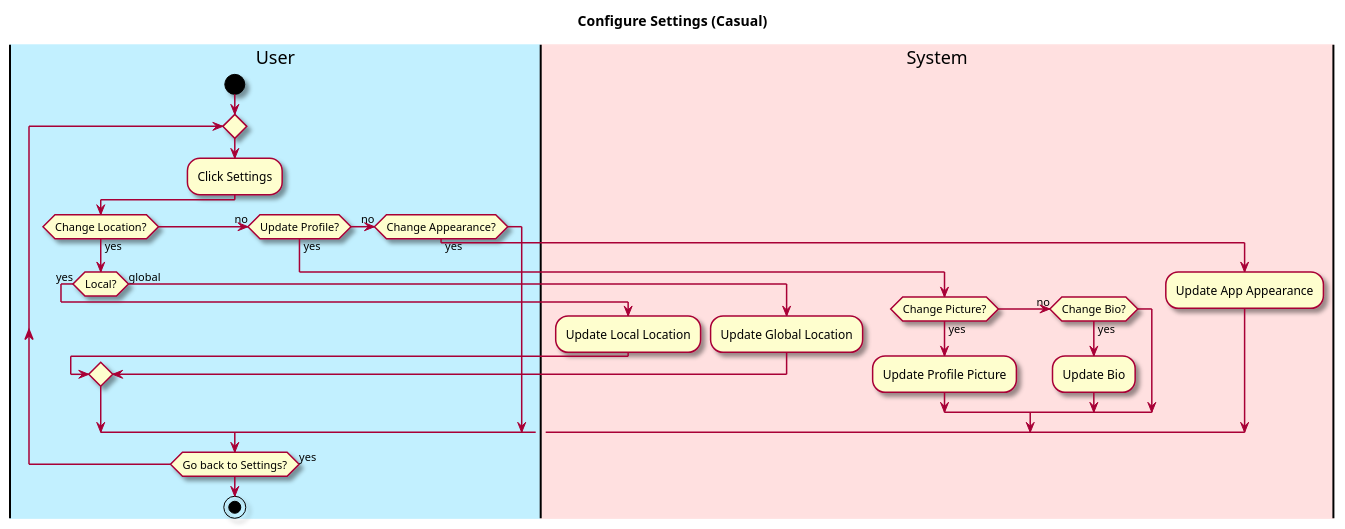
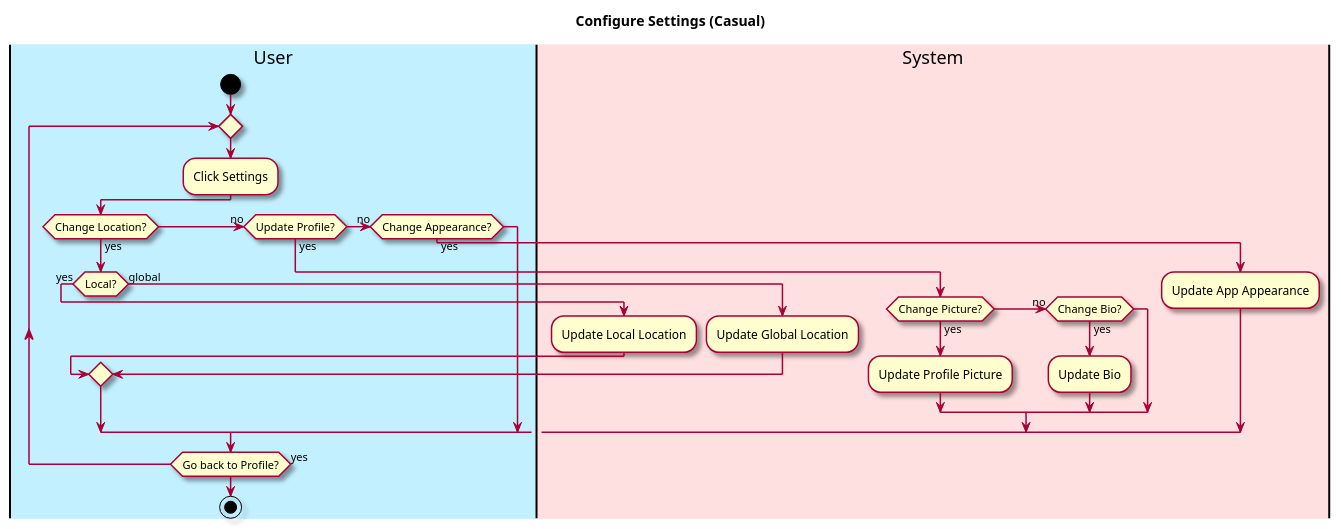
The diagram in intellij/doc/Functional Specification/configure-settings.md (owhitleym-ui/EcoScoop), drawn with PlantUML before and after one commit. The commit also changed other lines of this file and 9 other files, not shown here.

````diff
--- a/intellij/doc/Functional Specification/configure-settings.md
+++ b/intellij/doc/Functional Specification/configure-settings.md
@@ -20,44 +20,44 @@
 ```plantuml
 @startuml
 
 skin rose
 
 title Configure Settings (Casual)
 
 'define the lanes
 |#application|User|
 |#implementation|System|
 
 |User|
 start
 repeat
     :Click Settings;
 
     if (Change Location?) then (yes)
         if (Local?) then (yes)
             |System|
             :Update Local Location;
         else (global)
             |System|
             :Update Global Location;
         endif
     (no)elseif (Update Profile?) then (yes)
         if (Change Picture?) then (yes)
             |System|
             :Update Profile Picture;
         (no)elseif (Change Bio?) then (yes)
             |System|
             :Update Bio;
         endif
     (no)elseif (Change Appearance?) then (yes)
         |System|
         :Update App Appearance;
     endif
 
 |User|
 
-repeat while (Go back to Settings?) is (yes)
+repeat while (Go back to Profile?) is (yes)
 
 stop
 @enduml
 ```
````
